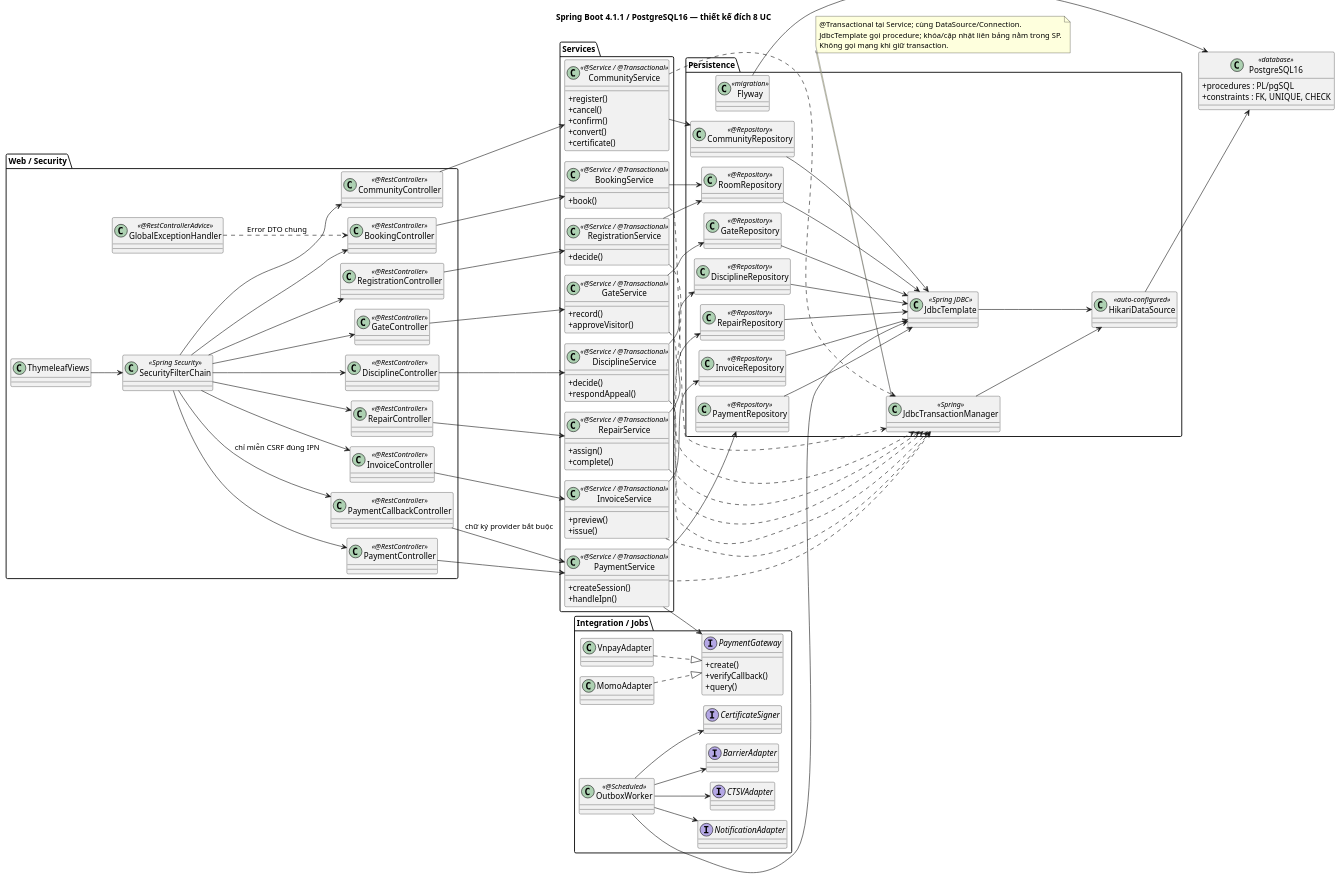
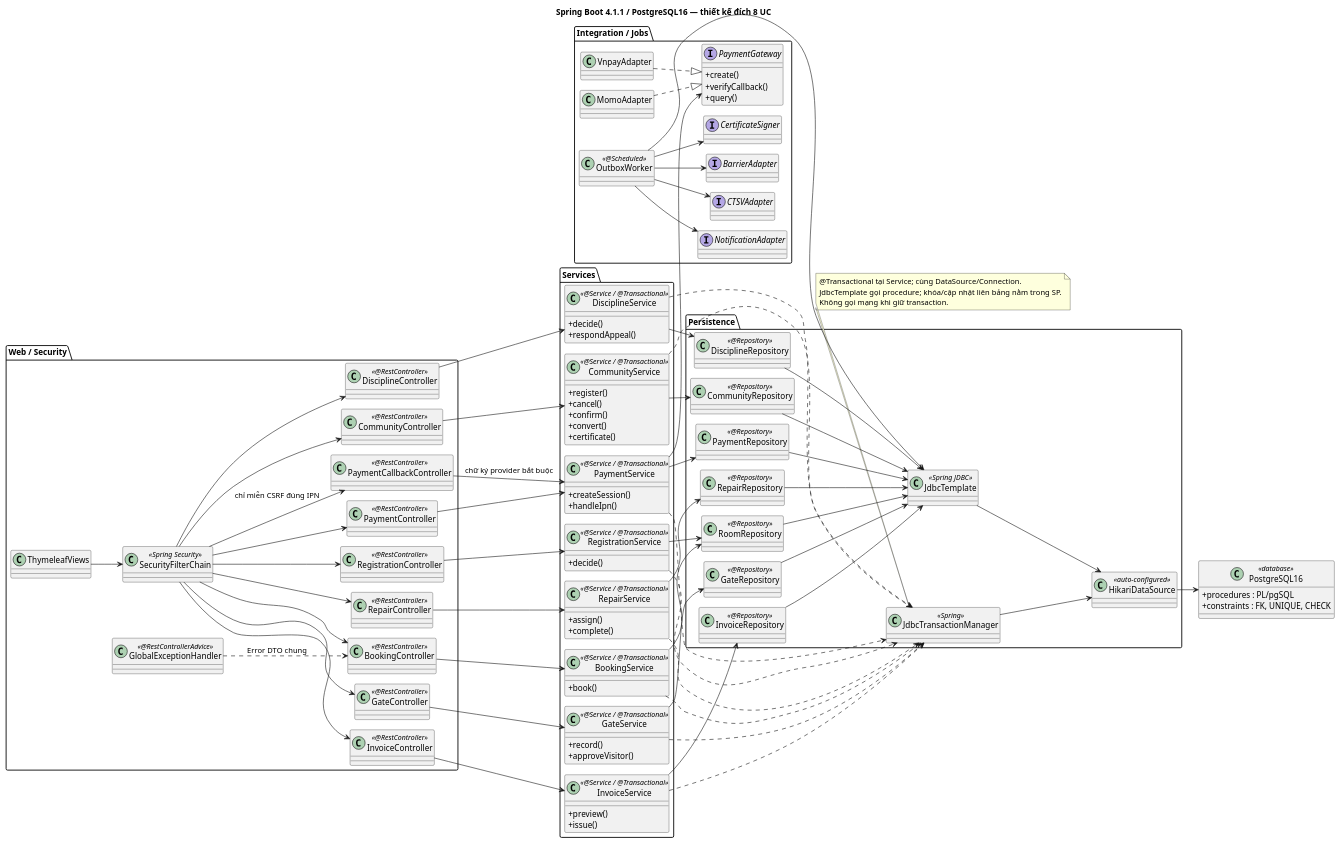
The diagram in docs/demo/class-diagrams/architecture.puml (caohoangphucs/hoc-cnpm), drawn with PlantUML before and after one commit. The commit also changed 47 other files, not shown here.

Commit message:
fix(config): remove migrations and verify PostgreSQL container CI

```diff
--- a/docs/demo/class-diagrams/architecture.puml
+++ b/docs/demo/class-diagrams/architecture.puml
@@ -1,146 +1,144 @@
 @startuml
 !pragma layout smetana
 skinparam classAttributeIconSize 0
 left to right direction
 title Spring Boot 4.1.1 / PostgreSQL16 — thiết kế đích 8 UC
 package "Web / Security" {
  class ThymeleafViews
  class SecurityFilterChain <<Spring Security>>
  class GlobalExceptionHandler <<@RestControllerAdvice>>
  class BookingController <<@RestController>>
  class RegistrationController <<@RestController>>
  class InvoiceController <<@RestController>>
  class PaymentController <<@RestController>>
  class RepairController <<@RestController>>
  class GateController <<@RestController>>
  class DisciplineController <<@RestController>>
  class CommunityController <<@RestController>>
  class PaymentCallbackController <<@RestController>>
 }
 package "Services" {
  class BookingService <<@Service / @Transactional>> {
  +book()
 }
  class RegistrationService <<@Service / @Transactional>> {
  +decide()
 }
  class InvoiceService <<@Service / @Transactional>> {
  +preview()
  +issue()
 }
  class PaymentService <<@Service / @Transactional>> {
  +createSession()
  +handleIpn()
 }
  class RepairService <<@Service / @Transactional>> {
  +assign()
  +complete()
 }
  class GateService <<@Service / @Transactional>> {
  +record()
  +approveVisitor()
 }
  class DisciplineService <<@Service / @Transactional>> {
  +decide()
  +respondAppeal()
 }
  class CommunityService <<@Service / @Transactional>> {
  +register()
  +cancel()
  +confirm()
  +convert()
  +certificate()
 }
 }
 package "Persistence" {
  class RoomRepository <<@Repository>>
  class InvoiceRepository <<@Repository>>
  class PaymentRepository <<@Repository>>
  class RepairRepository <<@Repository>>
  class GateRepository <<@Repository>>
  class DisciplineRepository <<@Repository>>
  class CommunityRepository <<@Repository>>
  class JdbcTemplate <<Spring JDBC>>
  class JdbcTransactionManager <<Spring>>
  class HikariDataSource <<auto-configured>>
- class Flyway <<migration>>
 }
 package "Integration / Jobs" {
  interface PaymentGateway {
   +create()
   +verifyCallback()
   +query()
  }
  class VnpayAdapter
  class MomoAdapter
  class OutboxWorker <<@Scheduled>>
  interface NotificationAdapter
  interface CTSVAdapter
  interface BarrierAdapter
  interface CertificateSigner
 }
 class PostgreSQL16 <<database>> {
  +procedures : PL/pgSQL
  +constraints : FK, UNIQUE, CHECK
 }
 ThymeleafViews --> SecurityFilterChain
 SecurityFilterChain --> BookingController
 BookingController --> BookingService
 BookingService --> RoomRepository
 BookingService ..> JdbcTransactionManager
 SecurityFilterChain --> RegistrationController
 RegistrationController --> RegistrationService
 RegistrationService --> RoomRepository
 RegistrationService ..> JdbcTransactionManager
 SecurityFilterChain --> InvoiceController
 InvoiceController --> InvoiceService
 InvoiceService --> InvoiceRepository
 InvoiceService ..> JdbcTransactionManager
 SecurityFilterChain --> PaymentController
 PaymentController --> PaymentService
 PaymentService --> PaymentRepository
 PaymentService ..> JdbcTransactionManager
 SecurityFilterChain --> RepairController
 RepairController --> RepairService
 RepairService --> RepairRepository
 RepairService ..> JdbcTransactionManager
 SecurityFilterChain --> GateController
 GateController --> GateService
 GateService --> GateRepository
 GateService ..> JdbcTransactionManager
 SecurityFilterChain --> DisciplineController
 DisciplineController --> DisciplineService
 DisciplineService --> DisciplineRepository
 DisciplineService ..> JdbcTransactionManager
 SecurityFilterChain --> CommunityController
 CommunityController --> CommunityService
 CommunityService --> CommunityRepository
 CommunityService ..> JdbcTransactionManager
 RoomRepository --> JdbcTemplate
 InvoiceRepository --> JdbcTemplate
 PaymentRepository --> JdbcTemplate
 RepairRepository --> JdbcTemplate
 GateRepository --> JdbcTemplate
 DisciplineRepository --> JdbcTemplate
 CommunityRepository --> JdbcTemplate
 SecurityFilterChain --> PaymentCallbackController : chỉ miễn CSRF đúng IPN
 PaymentCallbackController --> PaymentService : chữ ký provider bắt buộc
 PaymentService --> PaymentGateway
 VnpayAdapter ..|> PaymentGateway
 MomoAdapter ..|> PaymentGateway
 JdbcTemplate --> HikariDataSource
 JdbcTransactionManager --> HikariDataSource
 HikariDataSource --> PostgreSQL16
-Flyway --> PostgreSQL16
 OutboxWorker --> JdbcTemplate
 OutboxWorker --> NotificationAdapter
 OutboxWorker --> CTSVAdapter
 OutboxWorker --> BarrierAdapter
 OutboxWorker --> CertificateSigner
 GlobalExceptionHandler ..> BookingController : Error DTO chung
 note bottom of JdbcTransactionManager
  @Transactional tại Service; cùng DataSource/Connection.
  JdbcTemplate gọi procedure; khóa/cập nhật liên bảng nằm trong SP.
  Không gọi mạng khi giữ transaction.
 end note
 @enduml
```
